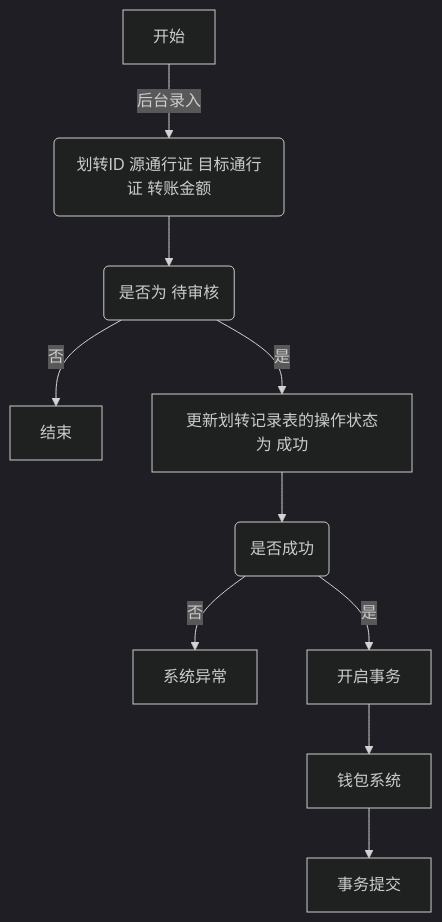
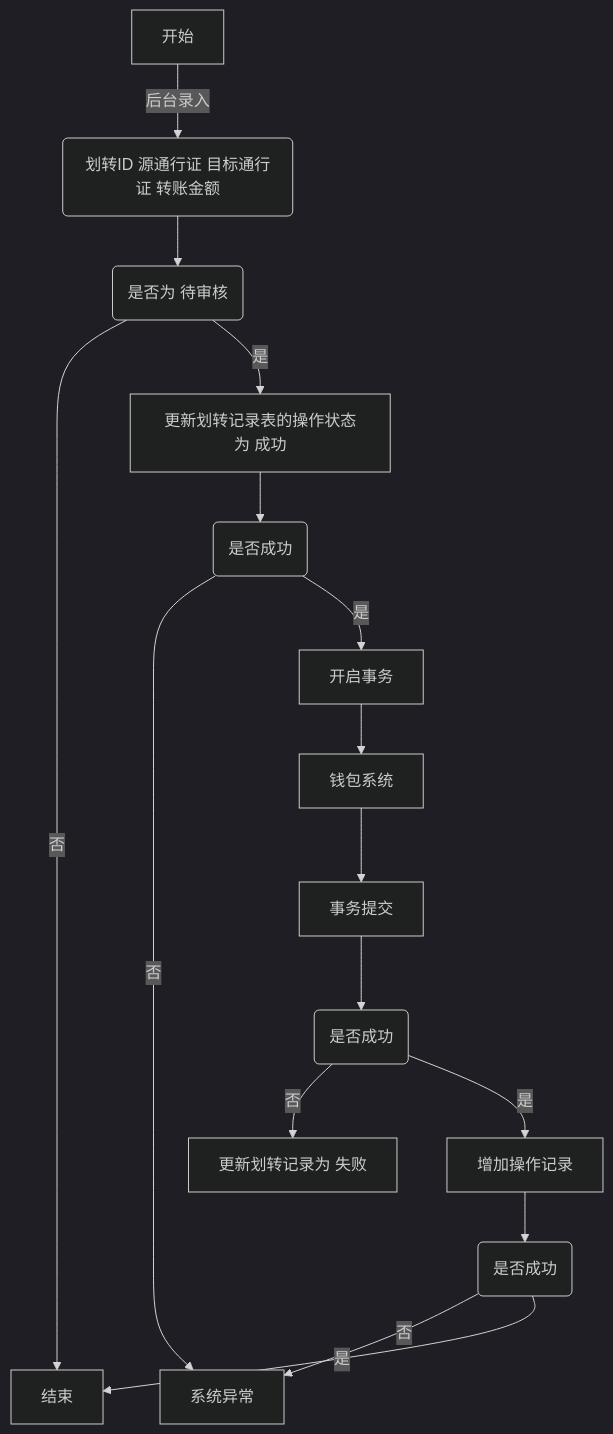
The diagram in README.md (ma-luyang/shimobang), drawn with Mermaid (dark theme) before and after one commit.

````diff
--- a/README.md
+++ b/README.md
@@ -3,12 +3,18 @@
 ```mermaid
 flowchart TD
     A[开始] -->|后台录入| B(划转ID 源通行证 目标通行证 转账金额)
     B --> C(是否为 待审核);
     C -->|否|Z[结束];
     C -->|是|D[更新划转记录表的操作状态为 成功];
     D --> E(是否成功);
     E -->|否|X[系统异常];
     E -->|是|F[开启事务];
     F --> G[钱包系统];
     G --> H[事务提交];
+    H --> I(是否成功);
+    I -->|否|J[更新划转记录为 失败];
+    I -->|是|K[增加操作记录];
+    K --> L(是否成功);
+    L-->|否|X[系统异常];
+    L -->|是|Z[结束];
 ```
````
